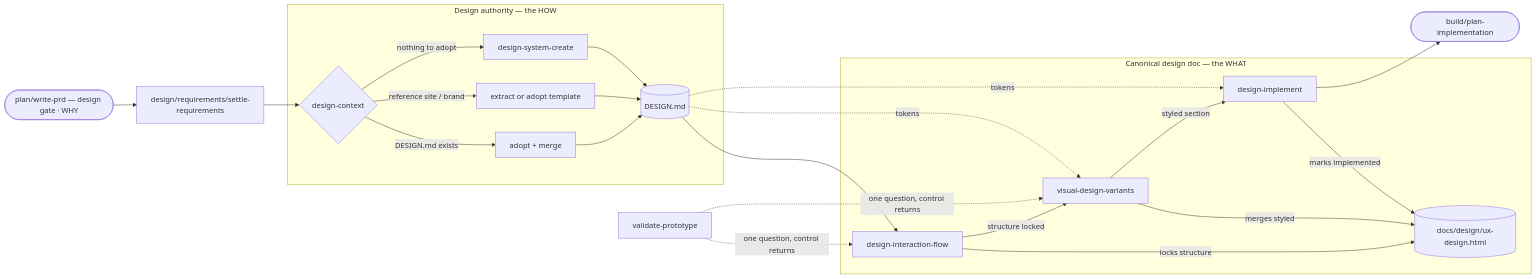
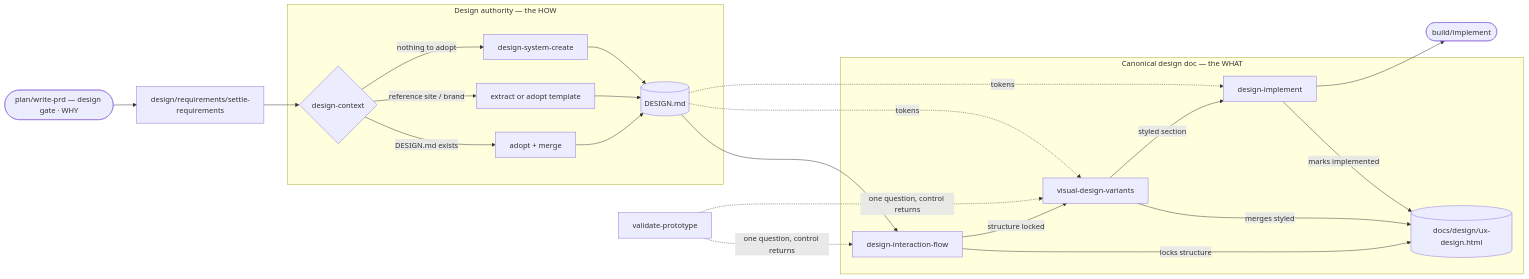
One commit to XinheLIU/agent-coding-skills changed the first of 2 diagrams in system/skills-src/design/ux/README.md. Above: the diagram before and after it, drawn with Mermaid. The commit also changed other lines of this file and 31 other files, not shown here.

Commit message:
feat(build): consolidate delivery into implement orchestration

````diff
--- a/system/skills-src/design/ux/README.md
+++ b/system/skills-src/design/ux/README.md
@@ -21,27 +21,27 @@
 ```mermaid
 flowchart LR
     PRD(["plan/write-prd — design gate · WHY"]) --> SR[design/requirements/settle-requirements] --> DC{design-context}
 
     subgraph TOK["Design authority — the HOW"]
         DC -->|DESIGN.md exists| ADOPT[adopt + merge]
         DC -->|reference site / brand| EXTRACT[extract or adopt template]
         DC -->|nothing to adopt| DSC[design-system-create]
         ADOPT --> AUTH[("DESIGN.md")]
         EXTRACT --> AUTH
         DSC --> AUTH
     end
 
     subgraph PROTOHTML["Canonical design doc — the WHAT"]
         IXD[design-interaction-flow] -->|locks structure| SEC[("docs/design/ux-design.html")]
         VDV[visual-design-variants] -->|merges styled| SEC
         IMPL[design-implement] -->|marks implemented| SEC
     end
 
     AUTH --> IXD
     IXD -->|structure locked| VDV
     VDV -->|styled section| IMPL
-    IMPL --> OUT(["build/plan-implementation"])
+    IMPL --> OUT(["build/implement"])
 
     AUTH -.->|tokens| VDV & IMPL
     PROTO[validate-prototype] -.->|one question, control returns| IXD & VDV
 ```
````
